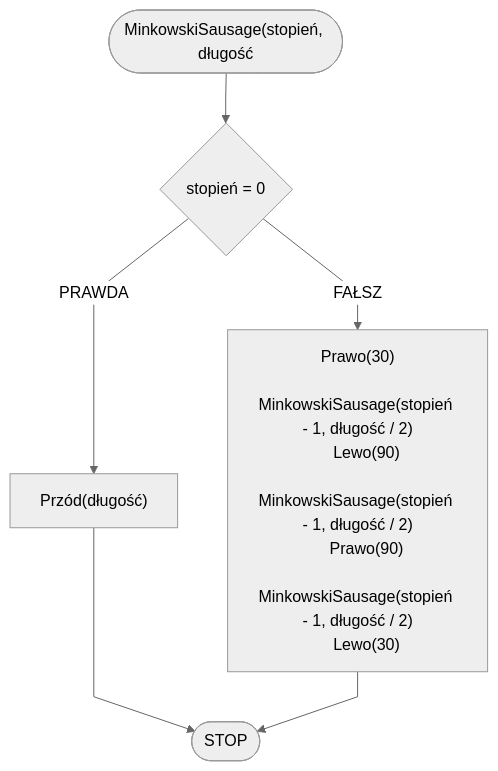
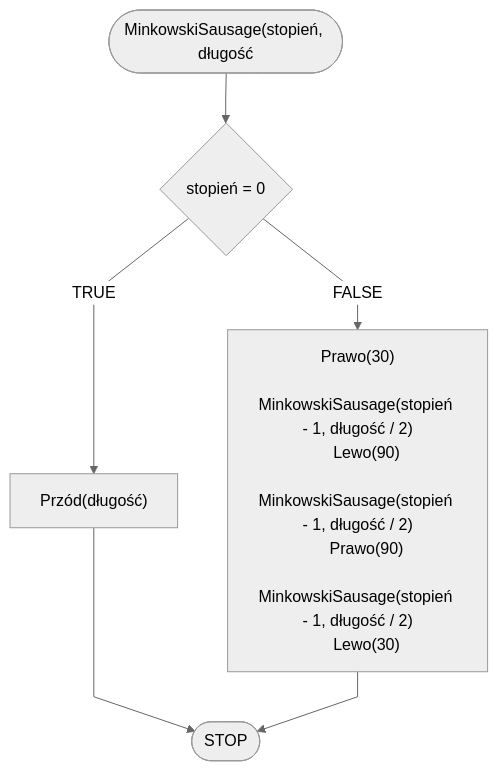
Before and after one commit to blackbat13/edu-cs-htiew-en: the diagram in docs/algorithms/fractals/minkowski-sausage.md, drawn with Mermaid. The commit also changed other lines of this file and 682 other files, not shown here.

````diff
--- a/docs/algorithms/fractals/minkowski-sausage.md
+++ b/docs/algorithms/fractals/minkowski-sausage.md
@@ -32,15 +32,15 @@
 ```mermaid
 %%{init: {"flowchart": {"curve": "linear"}, "theme": "neutral"} }%%
 flowchart TD
     START(["MinkowskiSausage(stopień, długość"]) --> K1{stopień = 0}
-    K1 -- PRAWDA --> K2["Przód(długość)"]
+    K1 -- TRUE --> K2["Przód(długość)"]
     K2 --> STOP([STOP])
-    K1 -- FAŁSZ --> K4["Prawo(30)
+    K1 -- FALSE --> K4["Prawo(30)
     MinkowskiSausage(stopień - 1, długość / 2)
     Lewo(90)
     MinkowskiSausage(stopień - 1, długość / 2)
     Prawo(90)
     MinkowskiSausage(stopień - 1, długość / 2)
     Lewo(30)"]
     K4 --> STOP
 ```
````
